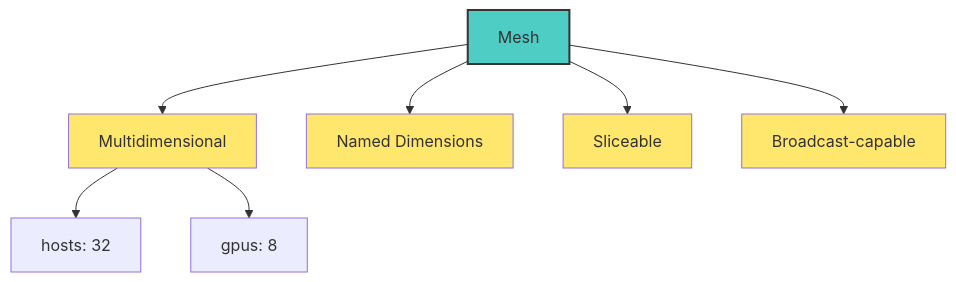
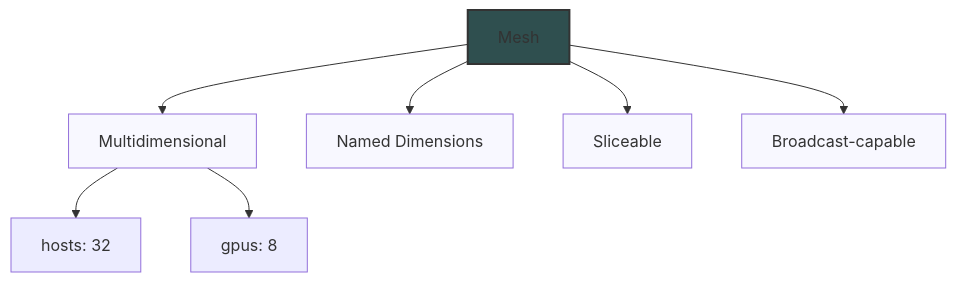
The first of 15 diagrams in docs/MESHES.md (AlirezaShamsoshoara/monarch), drawn with Mermaid before and after one commit. The commit also changed 3 other files, not shown here.

````diff
--- a/docs/MESHES.md
+++ b/docs/MESHES.md
@@ -31,16 +31,16 @@
 ```mermaid
 graph TD
     M[Mesh] --> D[Multidimensional]
     M --> N[Named Dimensions]
     M --> S[Sliceable]
     M --> B[Broadcast-capable]
 
     D --> D1["hosts: 32"]
     D --> D2["gpus: 8"]
 
-    style M fill:#4ecdc4,stroke:#333,stroke-width:2px
-    style D fill:#ffe66d
-    style N fill:#ffe66d
-    style S fill:#ffe66d
-    style B fill:#ffe66d
+    style M fill:#2F4F4F,stroke:#333,stroke-width:2px
+    style D fill:#F8F8FF
+    style N fill:#F8F8FF
+    style S fill:#F8F8FF
+    style B fill:#F8F8FF
 ```
````
